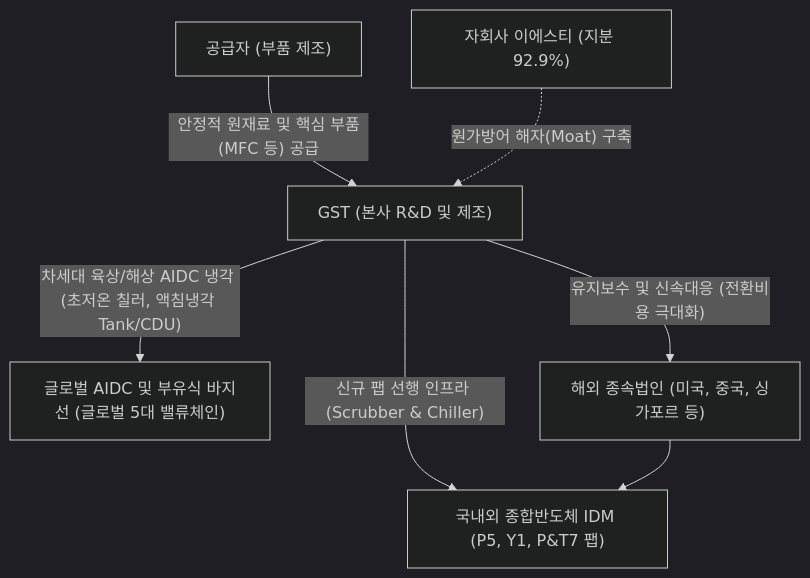
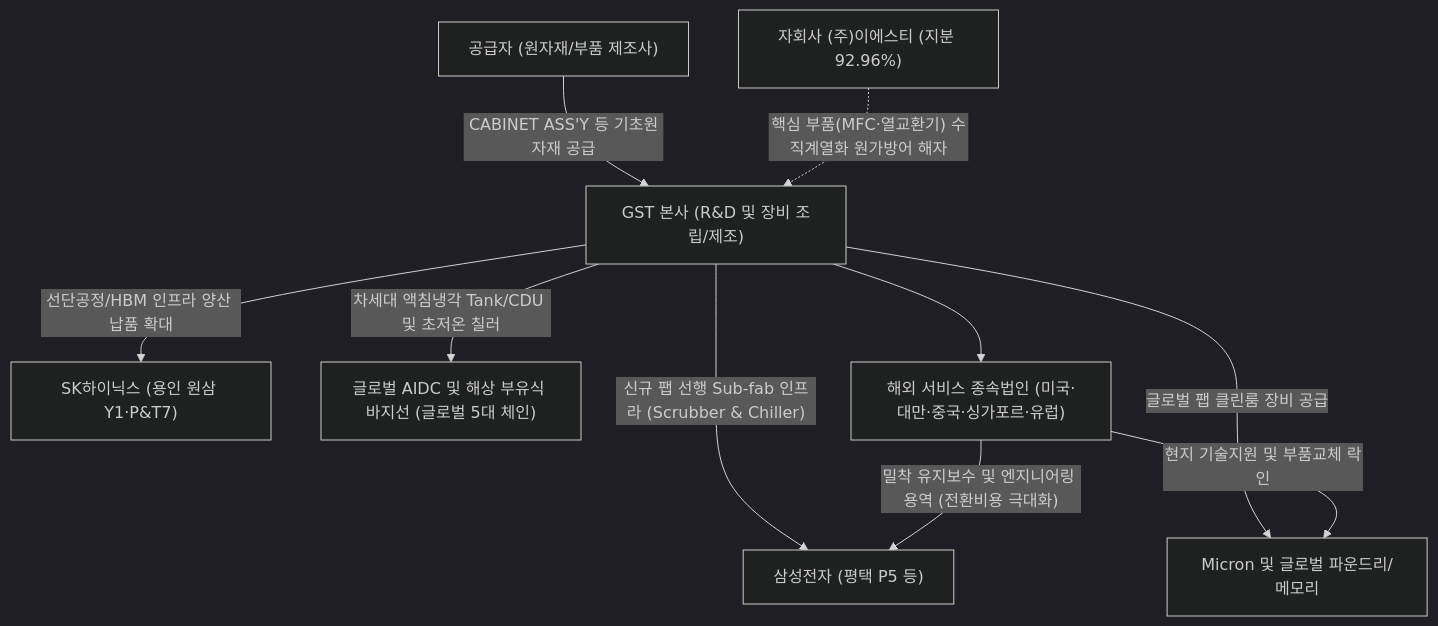
The diagram in Stock_Research/GST/3_Final_Reports/Phase1_Report.md (eve830521-cmd/my-skill), drawn with Mermaid (dark theme) before and after one commit. The commit also changed other lines of this file and 44 other files, not shown here.

````diff
--- a/Stock_Research/GST/3_Final_Reports/Phase1_Report.md
+++ b/Stock_Research/GST/3_Final_Reports/Phase1_Report.md
@@ -16,9 +18,12 @@
 ```mermaid
 graph TD
-    A["공급자 (부품 제조)"] -->|"안정적 원재료 및 핵심 부품(MFC 등) 공급"| B["GST (본사 R&D 및 제조)"]
-    A1["자회사 이에스티 (지분 92.9%)"] -. "원가방어 해자(Moat) 구축" .-> B
-    B -->|"신규 팹 선행 인프라 (Scrubber & Chiller)"| D["국내외 종합반도체 IDM (P5, Y1, P&T7 팹)"]
-    B -->|"차세대 육상/해상 AIDC 냉각 (초저온 칠러, 액침냉각 Tank/CDU)"| E["글로벌 AIDC 및 부유식 바지선 (글로벌 5대 밸류체인)"]
-    B -->|"유지보수 및 신속대응 (전환비용 극대화)"| C["해외 종속법인 (미국, 중국, 싱가포르 등)"]
-    C --> D
+    A["공급자 (원자재/부품 제조사)"] -->|"CABINET ASS'Y 등 기초원자재 공급"| B["GST 본사 (R&D 및 장비 조립/제조)"]
+    A1["자회사 (주)이에스티 (지분 92.96%)"] -. "핵심 부품(MFC·열교환기) 수직계열화 원가방어 해자" .-> B
+    B -->|"신규 팹 선행 Sub-fab 인프라 (Scrubber & Chiller)"| C1["삼성전자 (평택 P5 등)"]
+    B -->|"선단공정/HBM 인프라 양산 납품 확대"| C2["SK하이닉스 (용인 원삼 Y1·P&T7)"]
+    B -->|"글로벌 팹 클린룸 장비 공급"| C3["Micron 및 글로벌 파운드리/메모리"]
+    B -->|"차세대 액침냉각 Tank/CDU 및 초저온 칠러"| D["글로벌 AIDC 및 해상 부유식 바지선 (글로벌 5대 체인)"]
+    E["해외 서비스 종속법인 (미국·대만·중국·싱가포르·유럽)"] -->|"밀착 유지보수 및 엔지니어링 용역 (전환비용 극대화)"| C1
+    E -->|"현지 기술지원 및 부품교체 락인"| C3
+    B --> E
 ```
````
